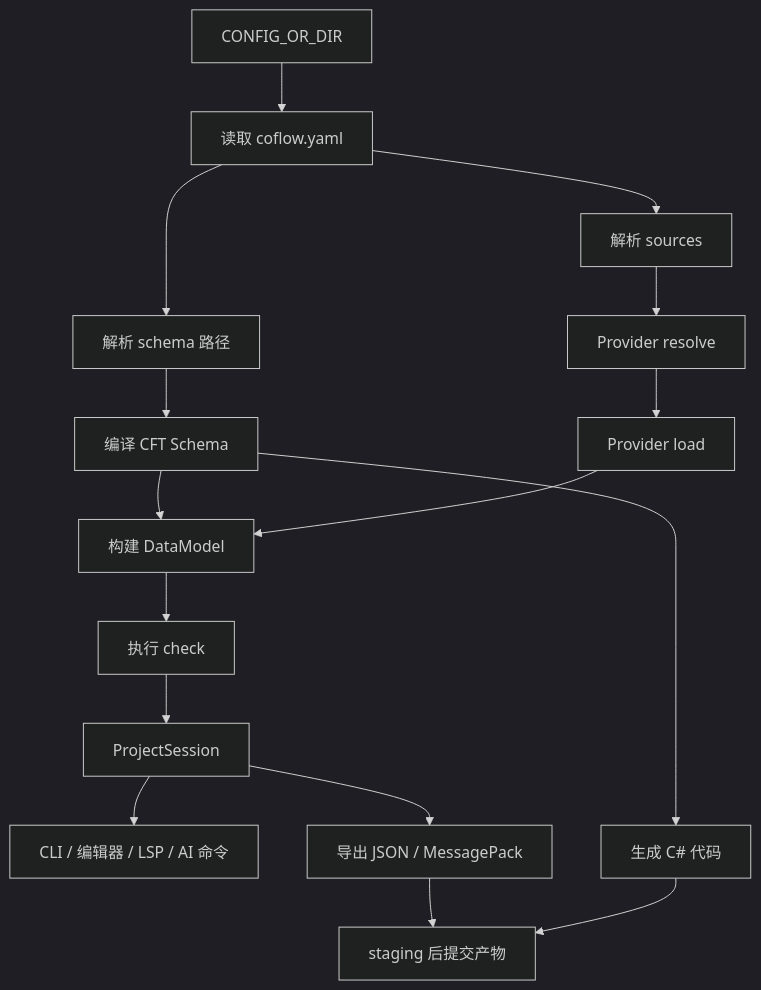
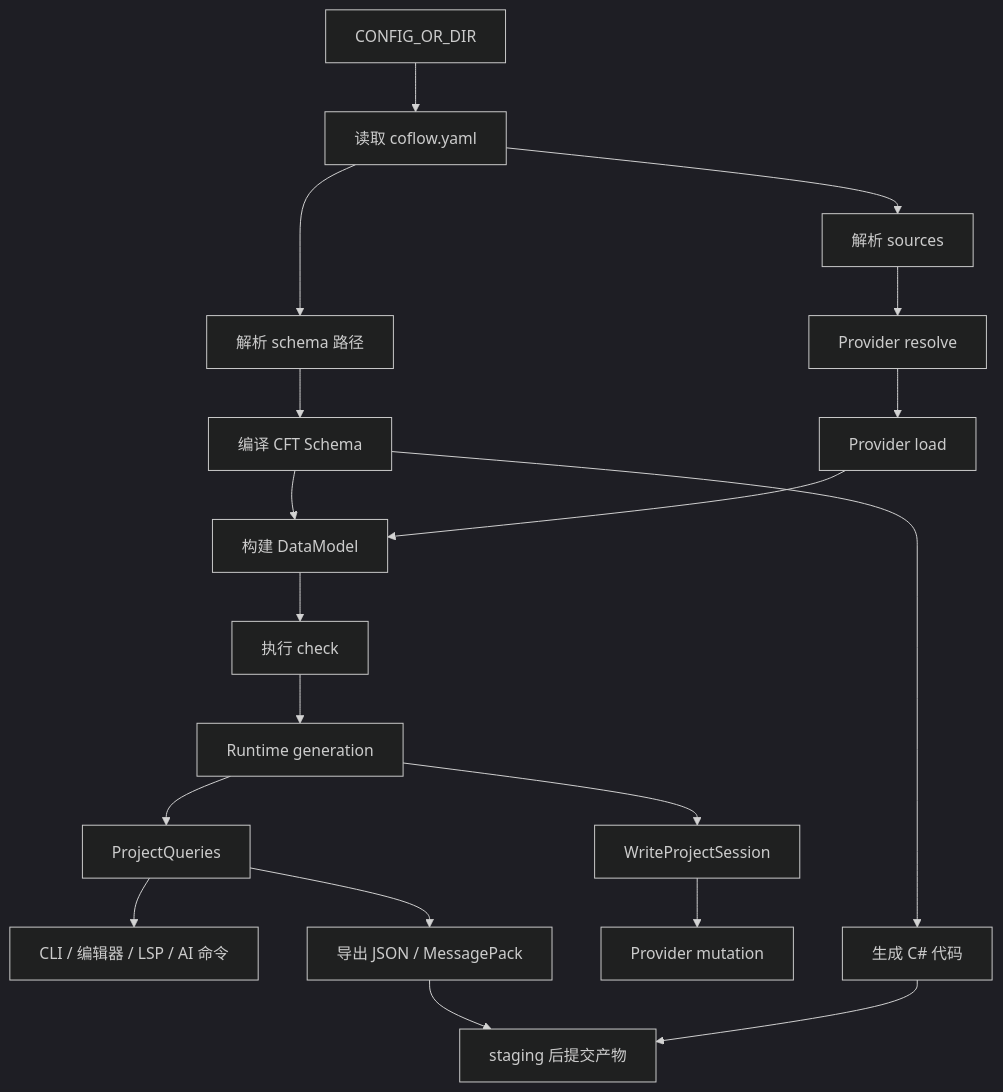
One commit to Puring103/coflow changed the diagram in website/docs/docs/reference/02-project-pipeline.md. Above: the diagram before and after it, drawn with Mermaid (dark theme). The commit also changed other lines of this file and 21 other files, not shown here.

````diff
--- a/website/docs/docs/reference/02-project-pipeline.md
+++ b/website/docs/docs/reference/02-project-pipeline.md
@@ -5,18 +5,21 @@
 ```mermaid
 flowchart TD
   input["CONFIG_OR_DIR"] --> config["读取 coflow.yaml"]
   config --> schemaPaths["解析 schema 路径"]
   schemaPaths --> compile["编译 CFT Schema"]
   config --> sourceConfig["解析 sources"]
   sourceConfig --> resolve["Provider resolve"]
   resolve --> load["Provider load"]
   compile --> model["构建 DataModel"]
   load --> model
   model --> check["执行 check"]
-  check --> session["ProjectSession"]
-  session --> cli["CLI / 编辑器 / LSP / AI 命令"]
-  session --> export["导出 JSON / MessagePack"]
+  check --> generation["Runtime generation"]
+  generation --> queries["ProjectQueries"]
+  generation --> write["WriteProjectSession"]
+  queries --> cli["CLI / 编辑器 / LSP / AI 命令"]
+  queries --> export["导出 JSON / MessagePack"]
+  write --> mutation["Provider mutation"]
   compile --> codegen["生成 C# 代码"]
   export --> artifacts["staging 后提交产物"]
   codegen --> artifacts
 ```
````
